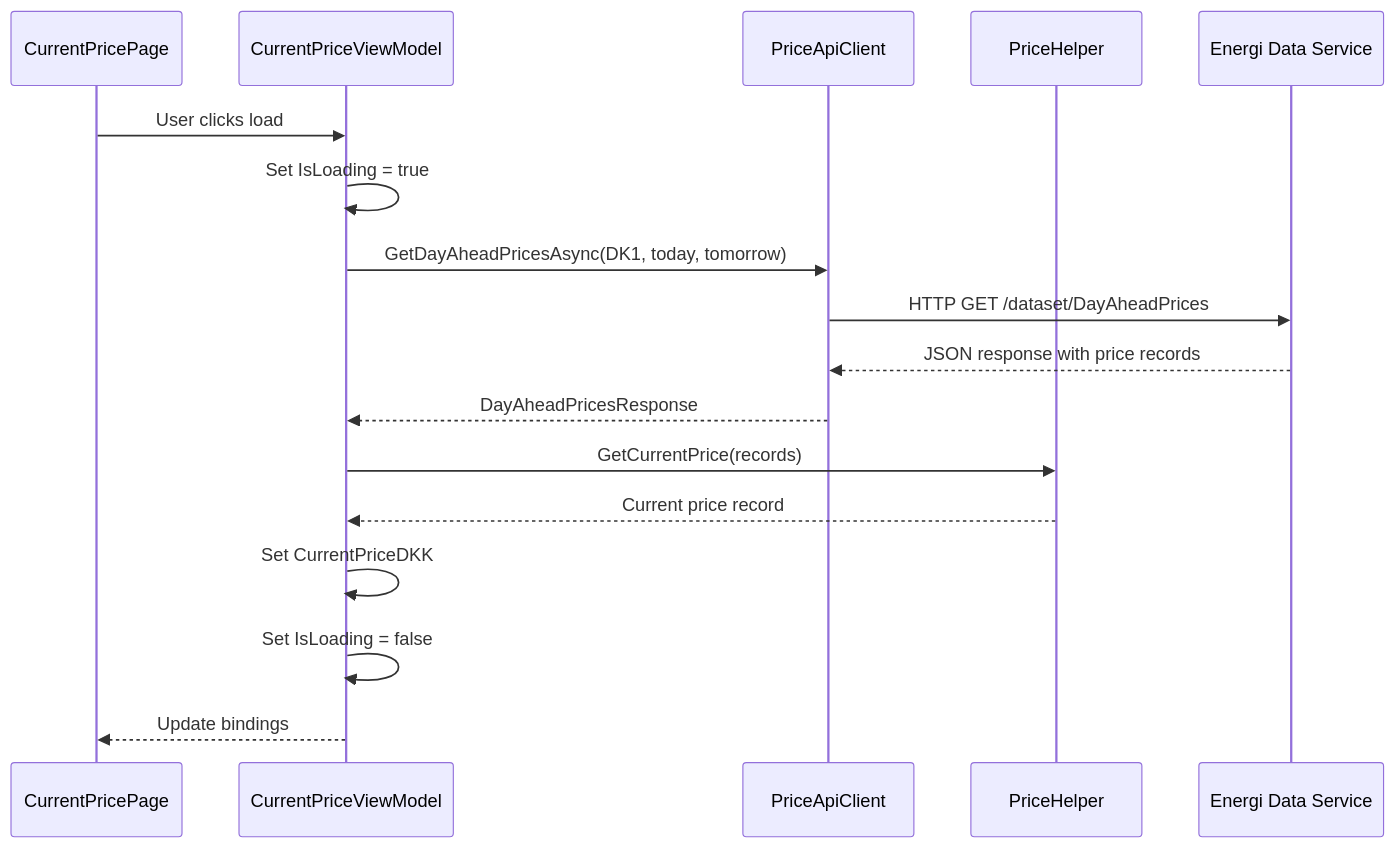
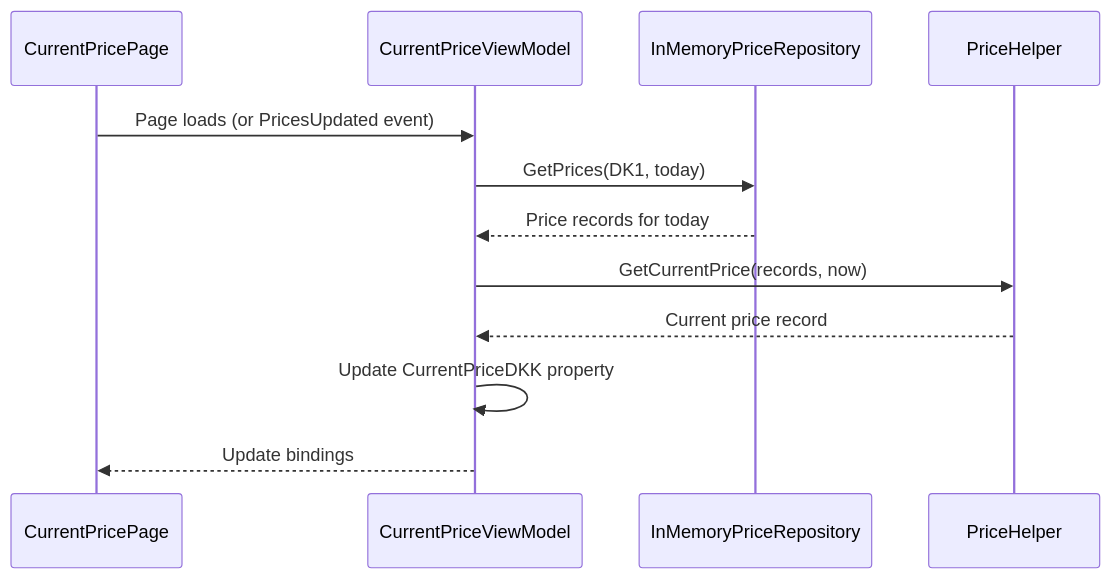
The third of 4 diagrams in docs/architecture.md (henmyg/exploration), drawn with Mermaid before and after one commit. The commit also changed other lines of this file and 24 other files, not shown here.

Commit message:
Move ViewModels and Service to Core project for faster pipeline-magic

````diff
--- a/docs/architecture.md
+++ b/docs/architecture.md
@@ -93,20 +149,15 @@
 ```mermaid
 sequenceDiagram
     participant View as CurrentPricePage
     participant VM as CurrentPriceViewModel
-    participant Client as PriceApiClient
+    participant Repo as InMemoryPriceRepository
     participant Helper as PriceHelper
-    participant API as Energi Data Service
 
-    View->>VM: User clicks load
-    VM->>VM: Set IsLoading = true
-    VM->>Client: GetDayAheadPricesAsync(DK1, today, tomorrow)
-    Client->>API: HTTP GET /dataset/DayAheadPrices
-    API-->>Client: JSON response with price records
-    Client-->>VM: DayAheadPricesResponse
-    VM->>Helper: GetCurrentPrice(records)
+    View->>VM: Page loads (or PricesUpdated event)
+    VM->>Repo: GetPrices(DK1, today)
+    Repo-->>VM: Price records for today
+    VM->>Helper: GetCurrentPrice(records, now)
     Helper-->>VM: Current price record
-    VM->>VM: Set CurrentPriceDKK
-    VM->>VM: Set IsLoading = false
+    VM->>VM: Update CurrentPriceDKK property
     VM-->>View: Update bindings
 ```
````
